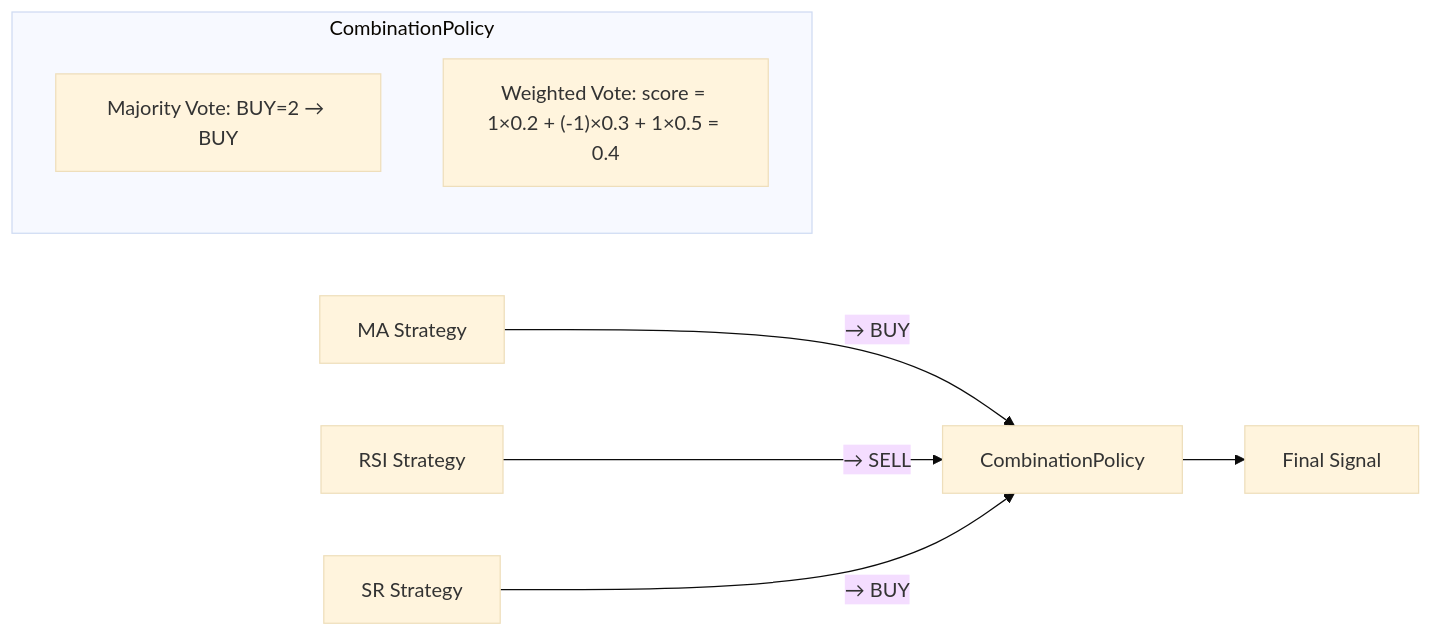
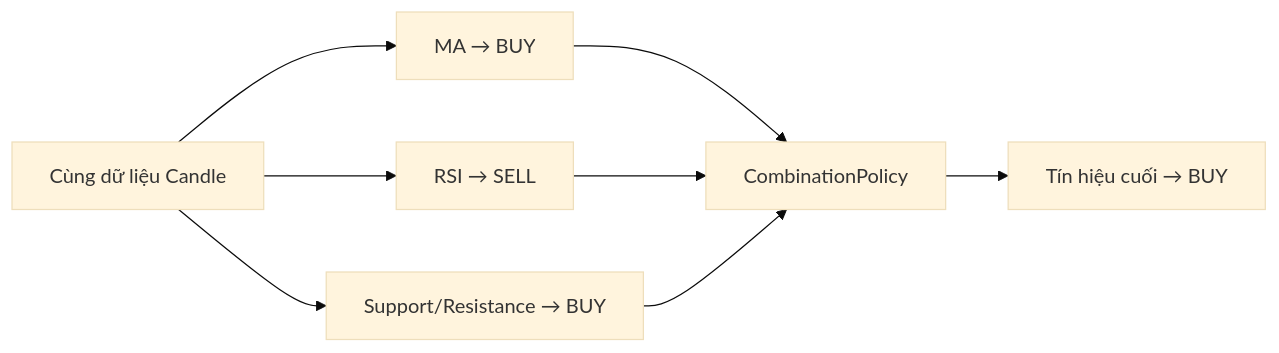
The diagram in docs/questions/19_composite_strategy/answer.md (PhamVanMinhBinhThuan/crypto-strategy-platform), drawn with Mermaid (base theme) before and after one commit. The commit also changed other lines of this file and 46 other files, not shown here.

Commit message:
docs: merge architecture question guides

````diff
--- a/docs/questions/19_composite_strategy/answer.md
+++ b/docs/questions/19_composite_strategy/answer.md
@@ -9,11 +16,10 @@
 ```mermaid
 flowchart LR
-    MA["MA Strategy"] --> |"→ BUY"| CP["CombinationPolicy"]
-    RSI["RSI Strategy"] --> |"→ SELL"| CP
-    SR["SR Strategy"] --> |"→ BUY"| CP
-    subgraph POLICY["CombinationPolicy"]
-        MV["Majority Vote: BUY=2 → BUY"]
-        WV["Weighted Vote: score = 1×0.2 + (-1)×0.3 + 1×0.5 = 0.4"]
-    end
-    CP --> FIN["Final Signal"]
+    DATA["Cùng dữ liệu Candle"] --> MA["MA → BUY"]
+    DATA --> RSI["RSI → SELL"]
+    DATA --> SR["Support/Resistance → BUY"]
+    MA --> POLICY["CombinationPolicy"]
+    RSI --> POLICY
+    SR --> POLICY
+    POLICY --> FINAL["Tín hiệu cuối → BUY"]
 ```
````
